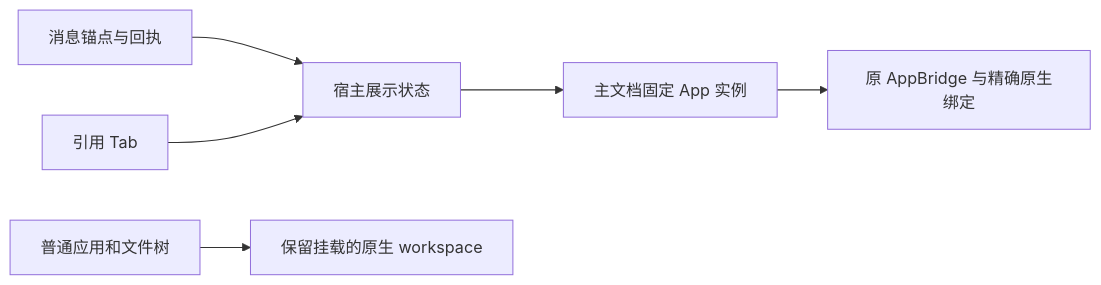
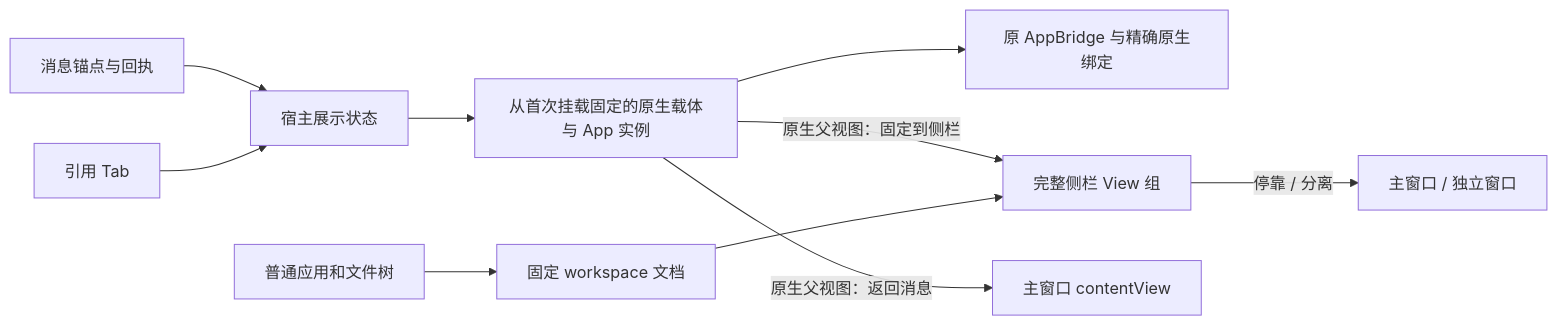
One commit to liangxhao/JustDo changed the first of 2 diagrams in docs/features/chat/mcp-apps.md. Above: the diagram before and after it, drawn with Mermaid. The commit also changed other lines of this file and 58 other files, not shown here.

````diff
--- a/docs/features/chat/mcp-apps.md
+++ b/docs/features/chat/mcp-apps.md
@@ -142,8 +150,12 @@
 ```mermaid
 flowchart LR
   Message[消息锚点与回执] --> Presentation[宿主展示状态]
   Tab[引用 Tab] --> Presentation
-  Presentation --> Stable[主文档固定 App 实例]
+  Presentation --> Stable[从首次挂载固定的原生载体与 App 实例]
   Stable --> Bridge[原 AppBridge 与精确原生绑定]
-  Normal[普通应用和文件树] --> Native[保留挂载的原生 workspace]
+  Stable -->|原生父视图：固定到侧栏| Group[完整侧栏 View 组]
+  Stable -->|原生父视图：返回消息| Main[主窗口 contentView]
+  Normal[普通应用和文件树] --> Workspace[固定 workspace 文档]
+  Workspace --> Group
+  Group -->|停靠 / 分离| Window[主窗口 / 独立窗口]
 ```
````
